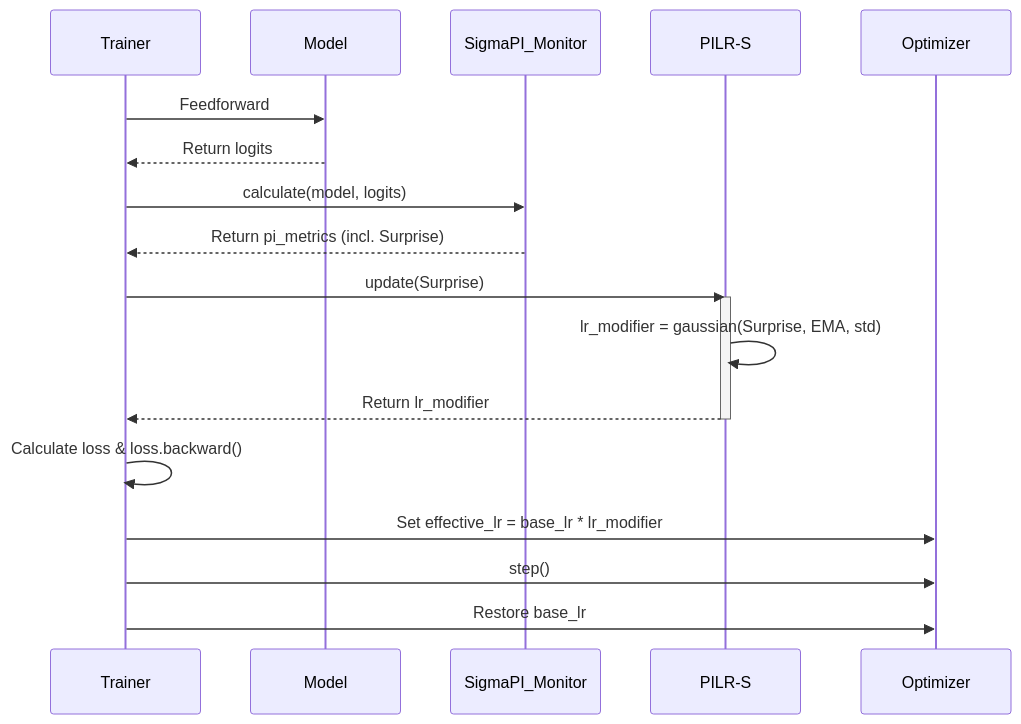
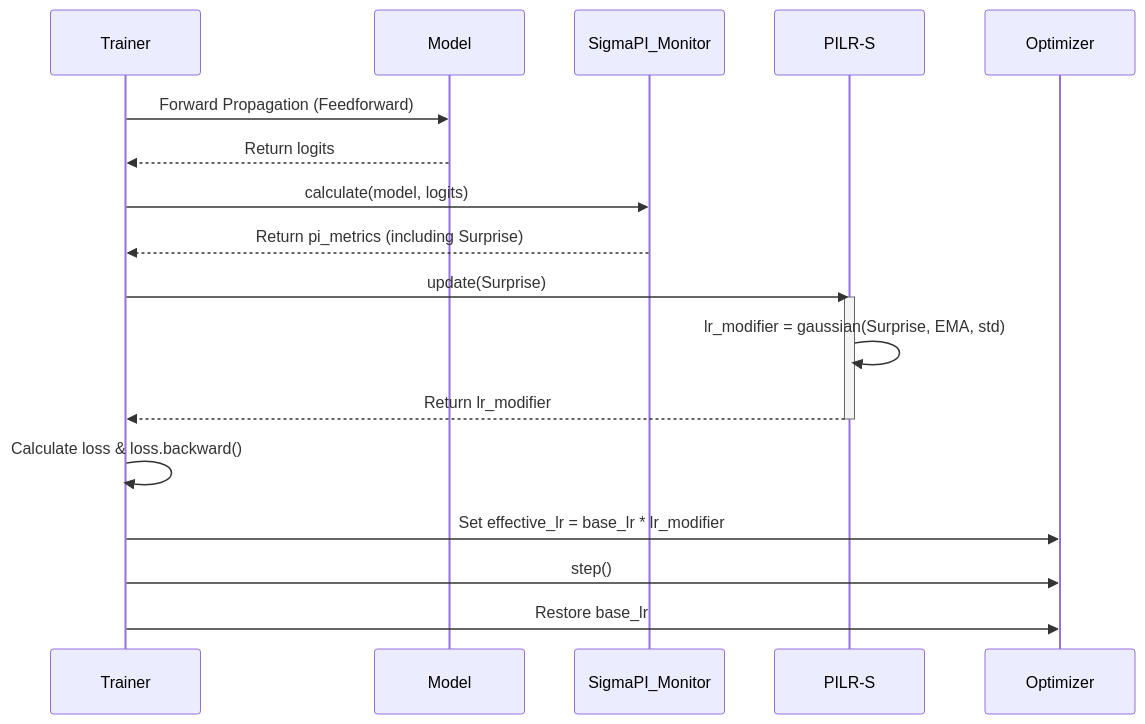
Before and after one commit to anmoa/PILF: the second of 4 diagrams in readme.md, drawn with Mermaid. The commit also changed other lines of this file and 20 other files, not shown here.

````diff
--- a/readme.md
+++ b/readme.md
@@ -30,26 +47,26 @@
 ```mermaid
 sequenceDiagram
     participant Trainer
     participant Model
     participant SigmaPI_Monitor
     participant LRScheduler as PILR-S
     participant Optimizer
 
-    Trainer->>Model: Feedforward
+    Trainer->>Model: Forward Propagation (Feedforward)
     Model-->>Trainer: Return logits
 
     Trainer->>SigmaPI_Monitor: calculate(model, logits)
-    SigmaPI_Monitor-->>Trainer: Return pi_metrics (incl. Surprise)
+    SigmaPI_Monitor-->>Trainer: Return pi_metrics (including Surprise)
 
     Trainer->>LRScheduler: update(Surprise)
     activate LRScheduler
     LRScheduler->>LRScheduler: lr_modifier = gaussian(Surprise, EMA, std)
     LRScheduler-->>Trainer: Return lr_modifier
     deactivate LRScheduler
 
     Trainer->>Trainer: Calculate loss & loss.backward()
     
     Trainer->>Optimizer: Set effective_lr = base_lr * lr_modifier
     Trainer->>Optimizer: step()
     Trainer->>Optimizer: Restore base_lr
 ```
````
